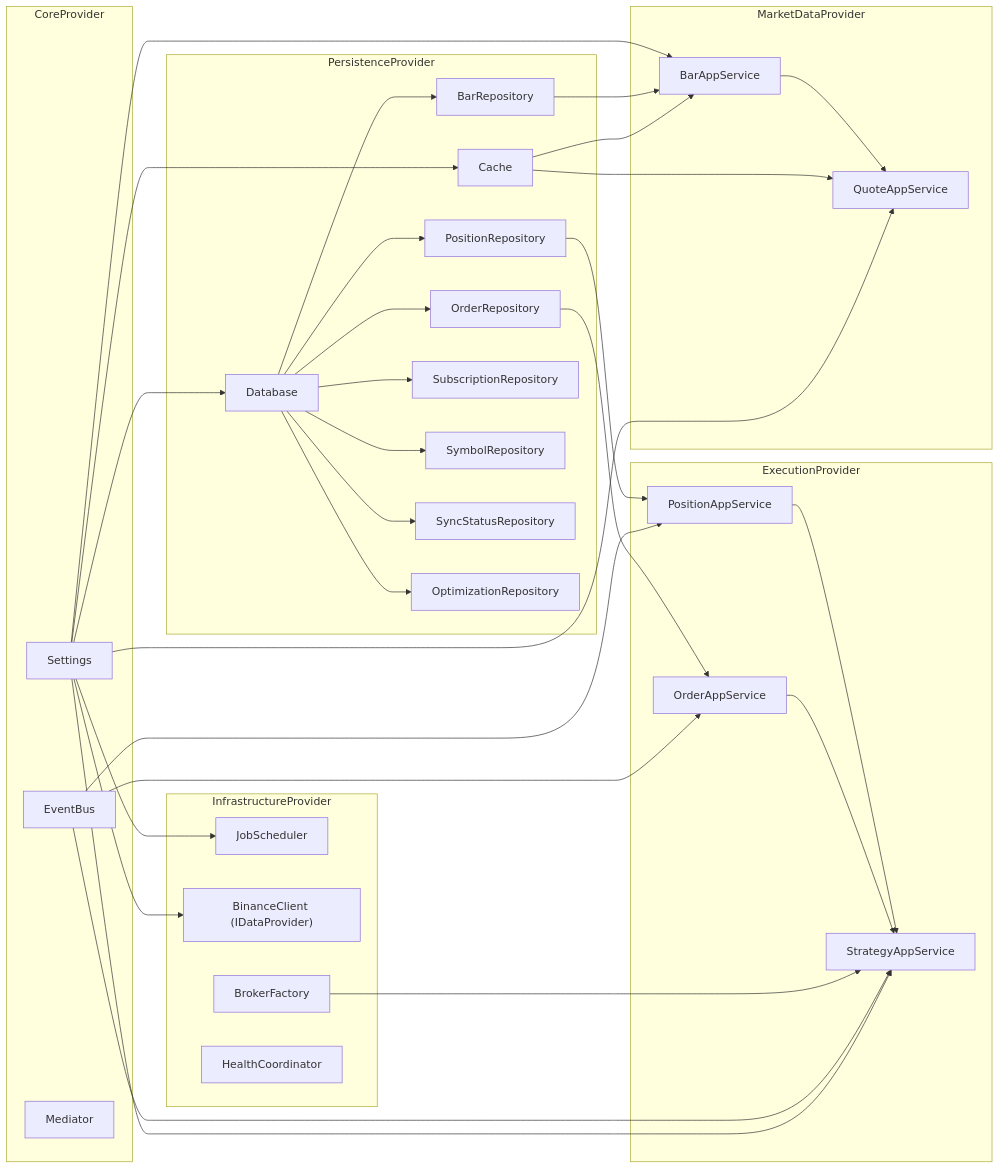
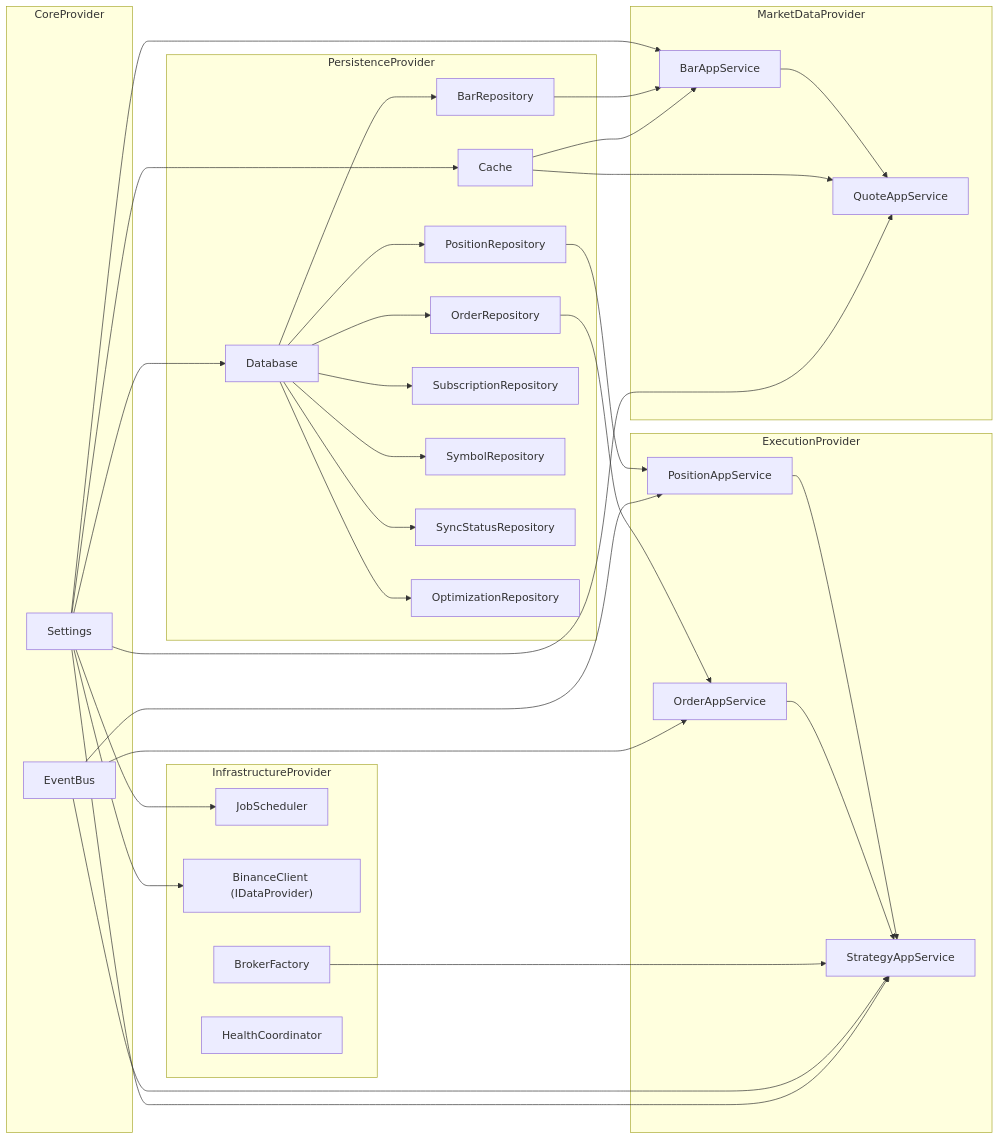
One commit to camping89/pocketquant changed the third of 4 diagrams in docs/architecture-visual-map.md. Above: the diagram before and after it, drawn with Mermaid. The commit also changed other lines of this file and 40 other files, not shown here.

````diff
--- a/docs/architecture-visual-map.md
+++ b/docs/architecture-visual-map.md
@@ -229,70 +223,69 @@
 ```mermaid
 graph LR
     subgraph CoreProvider
         Settings
         EventBus
-        Mediator
     end
 
     subgraph PersistenceProvider
         Database
         Cache
         BarRepo["BarRepository"]
         OrderRepo["OrderRepository"]
         PositionRepo["PositionRepository"]
         SubRepo["SubscriptionRepository"]
         SymbolRepo["SymbolRepository"]
         SyncRepo["SyncStatusRepository"]
         OptRepo["OptimizationRepository"]
     end
 
     subgraph InfrastructureProvider
         JobScheduler
         DataProvider["BinanceClient (IDataProvider)"]
         BrokerFactory
         HealthCoord["HealthCoordinator"]
     end
 
     subgraph MarketDataProvider
         BarAppService
         QuoteAppService
     end
 
     subgraph ExecutionProvider
         OrderAppService
         PositionAppService
         StrategyAppService
     end
 
     Settings --> Database
     Settings --> Cache
     Settings --> JobScheduler
     Settings --> DataProvider
     Settings --> QuoteAppService
     Settings --> StrategyAppService
 
     Database --> BarRepo
     Database --> OrderRepo
     Database --> PositionRepo
     Database --> SubRepo
     Database --> SymbolRepo
     Database --> SyncRepo
     Database --> OptRepo
 
     Cache --> BarAppService
     BarRepo --> BarAppService
     Settings --> BarAppService
     Cache --> QuoteAppService
     BarAppService --> QuoteAppService
 
     EventBus --> OrderAppService
     OrderRepo --> OrderAppService
 
     EventBus --> PositionAppService
     PositionRepo --> PositionAppService
 
     EventBus --> StrategyAppService
     BrokerFactory --> StrategyAppService
     OrderAppService --> StrategyAppService
     PositionAppService --> StrategyAppService
 ```
````
